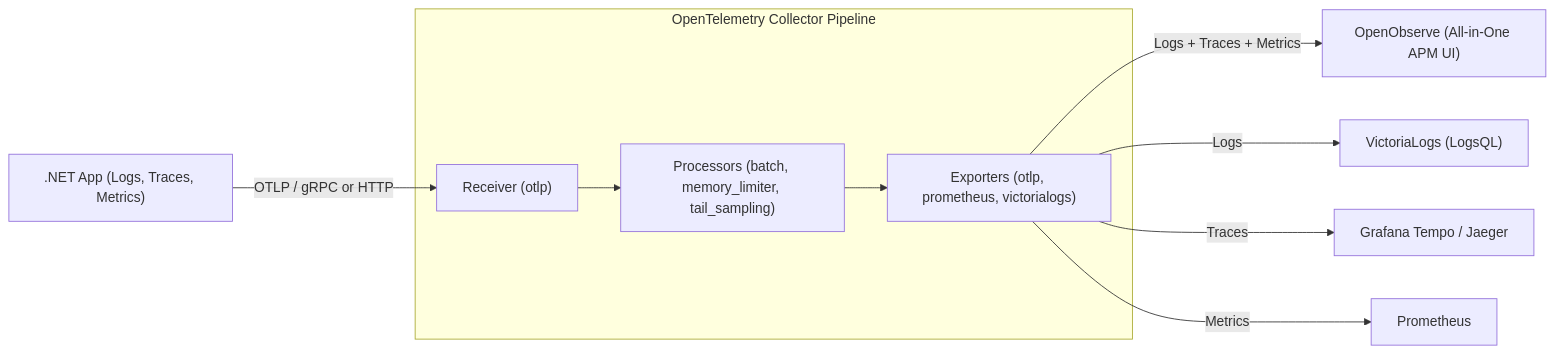
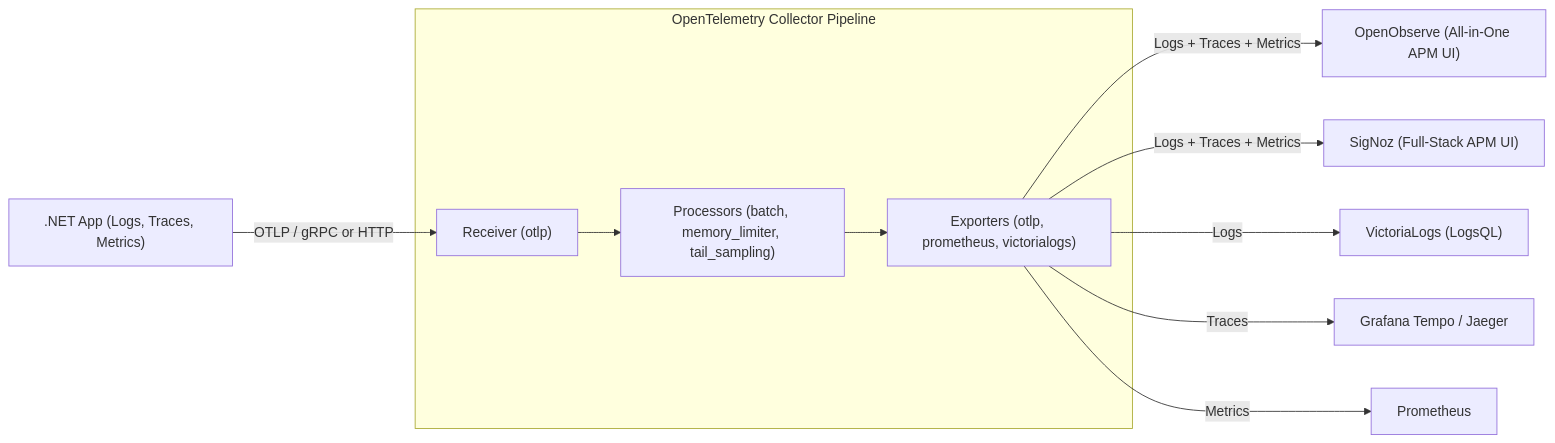
The second of 3 diagrams in ActDim.Observability/README.md (actdim/practix), drawn with Mermaid before and after one commit. The commit also changed other lines of this file and 148 other files, not shown here.

````diff
--- a/ActDim.Observability/README.md
+++ b/ActDim.Observability/README.md
@@ -319,12 +323,13 @@
 ```mermaid
 flowchart LR
     App[".NET App (Logs, Traces, Metrics)"] -->|OTLP / gRPC or HTTP| Receiver["Receiver (otlp)"]
     subgraph OtelCollector["OpenTelemetry Collector Pipeline"]
         Receiver --> Processors["Processors (batch, memory_limiter, tail_sampling)"]
         Processors --> Exporters["Exporters (otlp, prometheus, victorialogs)"]
     end
     Exporters -->|Logs + Traces + Metrics| OO["OpenObserve (All-in-One APM UI)"]
+    Exporters -->|Logs + Traces + Metrics| SigNoz["SigNoz (Full-Stack APM UI)"]
     Exporters -->|Logs| VL["VictoriaLogs (LogsQL)"]
     Exporters -->|Traces| Tempo["Grafana Tempo / Jaeger"]
     Exporters -->|Metrics| Prom["Prometheus"]
 ```
````
